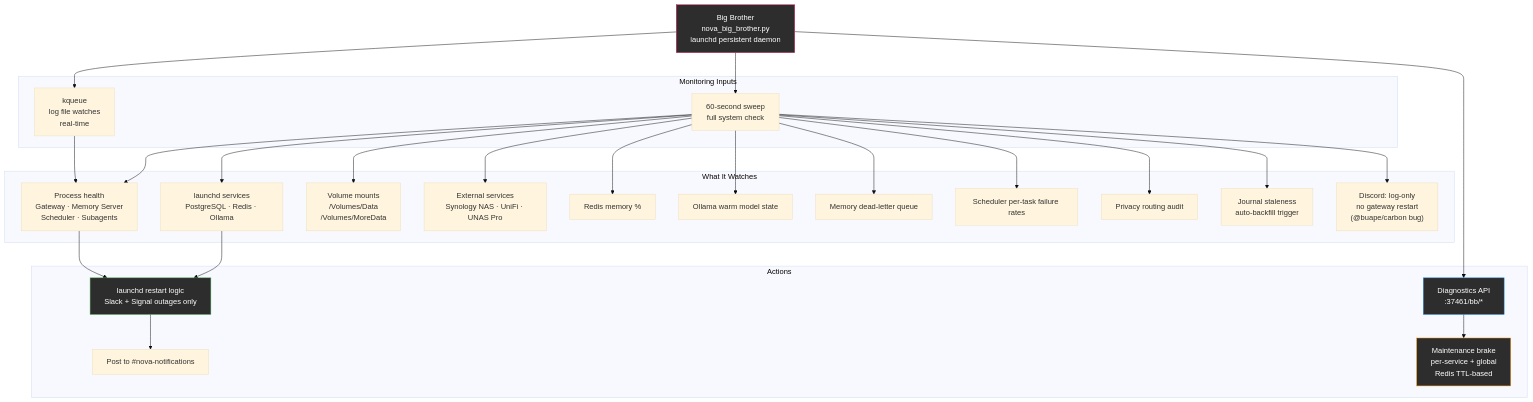
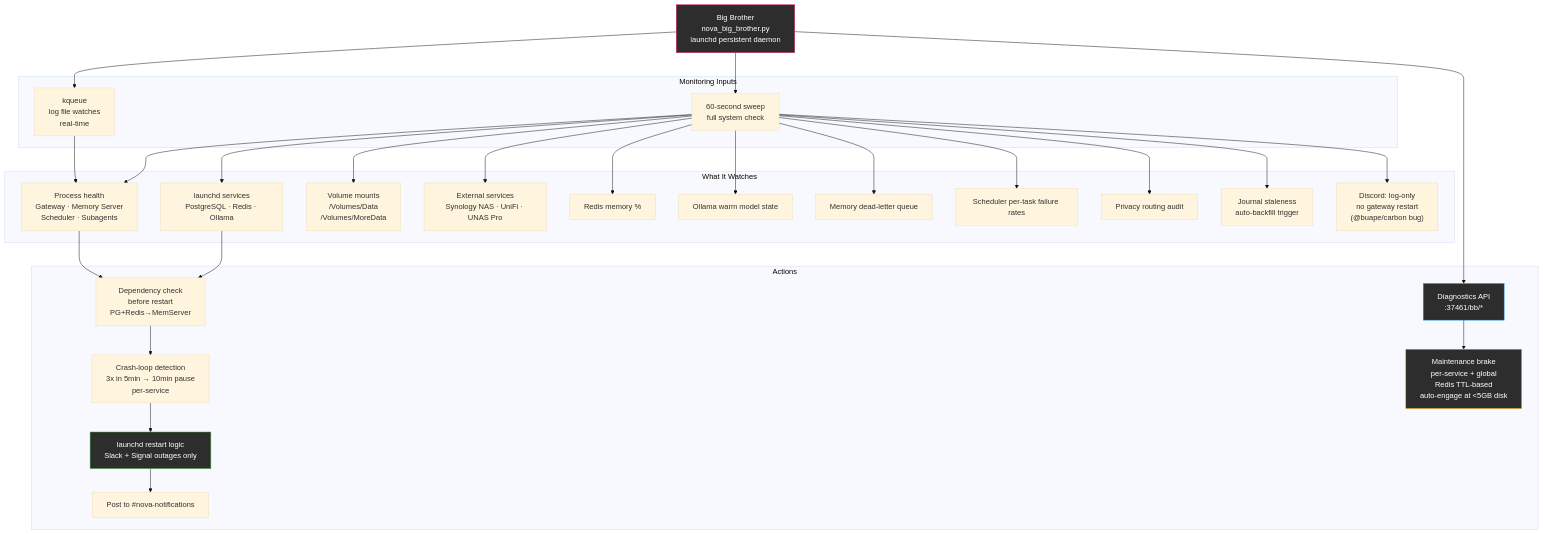
Before and after one commit to kochj23/nova: the fourth of 4 diagrams in README.md, drawn with Mermaid (base theme). The commit also changed other lines of this file, not shown here.

Commit message:
docs(readme): Big Brother dependency-aware restarts, crash-loop, PG config

````diff
--- a/README.md
+++ b/README.md
@@ -117,55 +121,59 @@
 ```mermaid
 graph TD
     BB["Big Brother\nnova_big_brother.py\nlaunchd persistent daemon"]
 
     subgraph "Monitoring Inputs"
         KQ["kqueue\nlog file watches\nreal-time"]
         Sweep["60-second sweep\nfull system check"]
     end
 
     subgraph "What It Watches"
         Procs["Process health\nGateway · Memory Server\nScheduler · Subagents"]
         Launchd["launchd services\nPostgreSQL · Redis · Ollama"]
         Volumes["Volume mounts\n/Volumes/Data\n/Volumes/MoreData"]
         ExtSvc["External services\nSynology NAS · UniFi · UNAS Pro"]
         RedMem["Redis memory %"]
         OllamaWarm["Ollama warm model state"]
         DLQ["Memory dead-letter queue"]
         SchedFail["Scheduler per-task failure rates"]
         Privacy["Privacy routing audit"]
         Journal["Journal staleness\nauto-backfill trigger"]
         Discord["Discord: log-only\nno gateway restart\n(@buape/carbon bug)"]
     end
 
     subgraph "Actions"
+        DepCheck["Dependency check\nbefore restart\nPG+Redis→MemServer"]
+        CrashLoop["Crash-loop detection\n3x in 5min → 10min pause\nper-service"]
         Restart["launchd restart logic\nSlack + Signal outages only"]
         PostAlert["Post to #nova-notifications"]
         BBAPI["Diagnostics API\n:37461/bb/*"]
-        MaintBrake["Maintenance brake\nper-service + global\nRedis TTL-based"]
+        MaintBrake["Maintenance brake\nper-service + global\nRedis TTL-based\nauto-engage at <5GB disk"]
     end
 
     BB --> KQ
     BB --> Sweep
     KQ --> Procs
     Sweep --> Procs
     Sweep --> Launchd
     Sweep --> Volumes
     Sweep --> ExtSvc
     Sweep --> RedMem
     Sweep --> OllamaWarm
     Sweep --> DLQ
     Sweep --> SchedFail
     Sweep --> Privacy
     Sweep --> Journal
     Sweep --> Discord
-    Procs --> Restart
-    Launchd --> Restart
+    Procs --> DepCheck
+    Launchd --> DepCheck
+    DepCheck --> CrashLoop
+    CrashLoop --> Restart
     Restart --> PostAlert
     BB --> BBAPI
     BBAPI --> MaintBrake
 
     style BB fill:#2d2d2d,stroke:#e91e63,color:#fff
     style BBAPI fill:#2d2d2d,stroke:#2196F3,color:#fff
     style Restart fill:#2d2d2d,stroke:#4CAF50,color:#fff
     style MaintBrake fill:#2d2d2d,stroke:#FF9800,color:#fff
 ```
````
